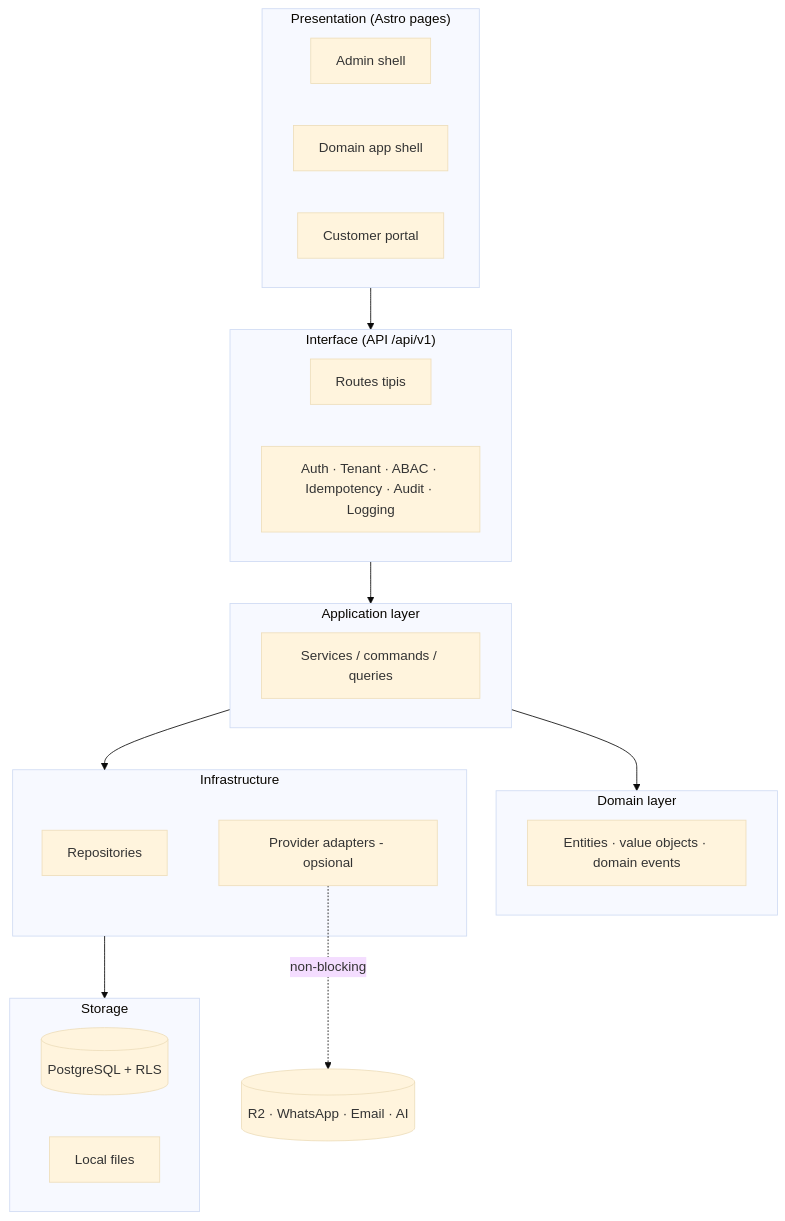
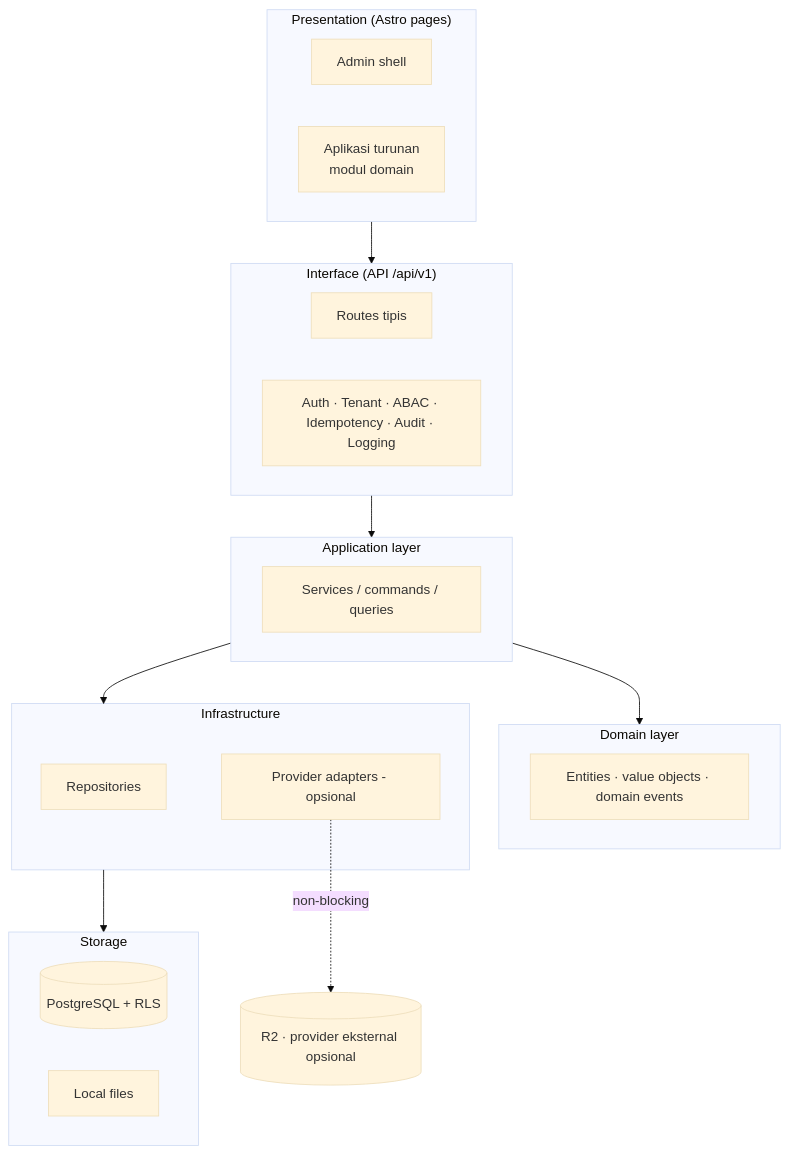
Before and after one commit to ahliweb/awcms-mini: the first of 3 diagrams in docs/awcms-mini/01_canvas_induk.md, drawn with Mermaid (base theme). The commit also changed other lines of this file and 8 other files, not shown here.

````diff
--- a/docs/awcms-mini/01_canvas_induk.md
+++ b/docs/awcms-mini/01_canvas_induk.md
@@ -25,31 +25,30 @@
 ```mermaid
 flowchart TB
   subgraph Presentation["Presentation (Astro pages)"]
     Admin[Admin shell]
-    App[Domain app shell]
-    Portal[Customer portal]
+    App[Aplikasi turunan<br/>modul domain]
   end
   subgraph Interface["Interface (API /api/v1)"]
     Routes[Routes tipis]
     Middleware[Auth · Tenant · ABAC · Idempotency · Audit · Logging]
   end
   subgraph Application["Application layer"]
     Services[Services / commands / queries]
   end
   subgraph Domain["Domain layer"]
     Entities[Entities · value objects · domain events]
   end
   subgraph Infrastructure["Infrastructure"]
     Repo[Repositories]
     Providers[Provider adapters - opsional]
   end
   subgraph Storage["Storage"]
     DB[(PostgreSQL + RLS)]
     Files[Local files]
   end
 
   Presentation --> Interface --> Application --> Domain
   Application --> Infrastructure
   Infrastructure --> Storage
-  Providers -. non-blocking .-> External[(R2 · WhatsApp · Email · AI)]
+  Providers -. non-blocking .-> External[(R2 · provider eksternal opsional)]
 ```
````
